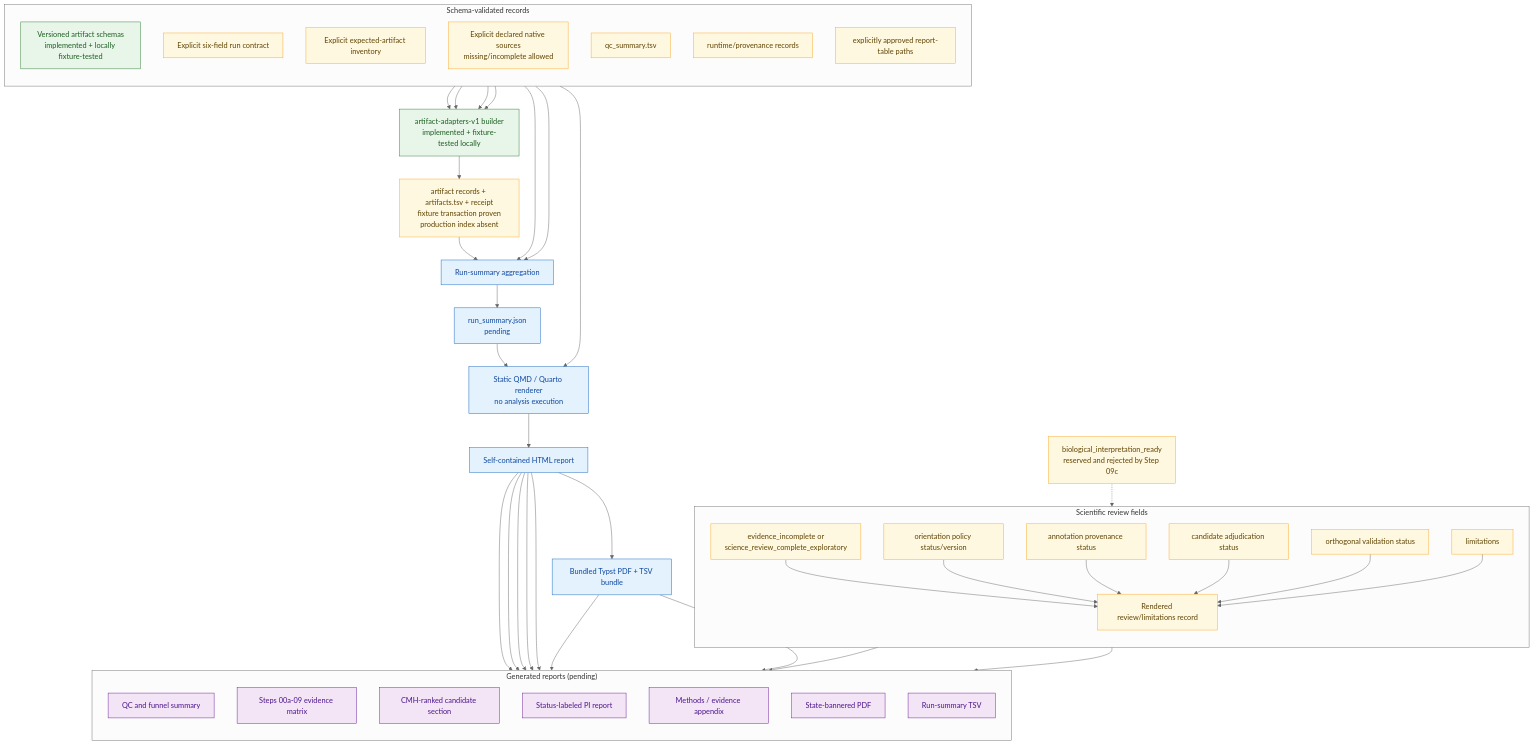
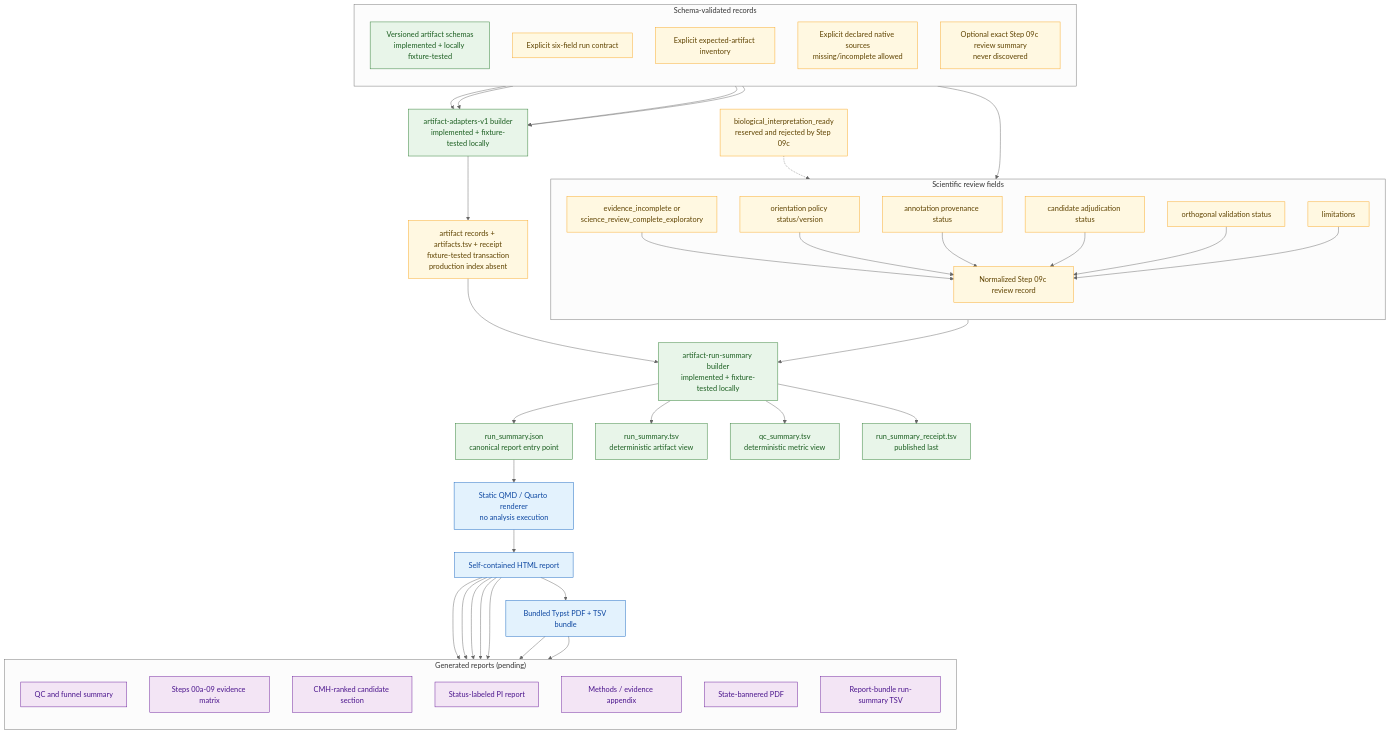
One commit to lab-cats/EMRYS changed the diagram in docs/architecture/diagrams/future_reporting_layer.mmd. Above: the diagram before and after it, drawn with Mermaid (neutral theme). The commit also changed 18 other files, not shown here.

Commit message:
artifact run summary docpatch

```diff
--- a/docs/architecture/diagrams/future_reporting_layer.mmd
+++ b/docs/architecture/diagrams/future_reporting_layer.mmd
@@ -1,83 +1,83 @@
 flowchart TD
     classDef current fill:#e8f5e9,stroke:#2e7d32,color:#1b5e20
     classDef future fill:#e3f2fd,stroke:#1565c0,color:#0d47a1
     classDef contract fill:#fff8e1,stroke:#f9a825,color:#5f4300
     classDef reporting fill:#f3e5f5,stroke:#6a1b9a,color:#4a148c
 
     subgraph inputs["Schema-validated records"]
         direction TB
         schema["Versioned artifact schemas<br/>implemented + locally fixture-tested"]
         run_contract["Explicit six-field run contract"]
         inventory["Explicit expected-artifact inventory"]
         declared_sources["Explicit declared native sources<br/>missing/incomplete allowed"]
-        qc_summary["qc_summary.tsv"]
-        provenance["runtime/provenance records"]
-        final_tables["explicitly approved report-table paths"]
+        science_summary["Optional exact Step 09c review summary<br/>never discovered"]
     end
 
     adapter_builder["artifact-adapters-v1 builder<br/>implemented + fixture-tested locally"]
-    artifacts_tsv["artifact records + artifacts.tsv + receipt<br/>fixture transaction proven<br/>production index absent"]
-    aggregate["Run-summary aggregation"]
-    run_summary["run_summary.json<br/>pending"]
+    artifacts_tsv["artifact records + artifacts.tsv + receipt<br/>fixture-tested transaction<br/>production index absent"]
+    aggregate["artifact-run-summary builder<br/>implemented + fixture-tested locally"]
+    run_summary["run_summary.json<br/>canonical report entry point"]
+    run_summary_tsv["run_summary.tsv<br/>deterministic artifact view"]
+    qc_summary["qc_summary.tsv<br/>deterministic metric view"]
+    summary_receipt["run_summary_receipt.tsv<br/>published last"]
     generator["Static QMD / Quarto renderer<br/>no analysis execution"]
     html["Self-contained HTML report"]
     exports["Bundled Typst PDF + TSV bundle"]
 
     subgraph review["Scientific review fields"]
         direction TB
         review_status["evidence_incomplete or<br/>science_review_complete_exploratory"]
         orientation_status["orientation policy status/version"]
         annotation_status["annotation provenance status"]
         adjudication_status["candidate adjudication status"]
         orthogonal_status["orthogonal validation status"]
         limitations["limitations"]
-        review_record["Rendered review/limitations record"]
+        review_record["Normalized Step 09c review record"]
     end
 
     subgraph outputs["Generated reports (pending)"]
         direction TB
         qc_report["QC and funnel summary"]
         validation_report["Steps 00a-09 evidence matrix"]
         candidate_report["CMH-ranked candidate section"]
         pi_report["Status-labeled PI report"]
         handoff_report["Methods / evidence appendix"]
         pdf_output["State-bannered PDF"]
-        tsv_output["Run-summary TSV"]
+        tsv_output["Report-bundle run-summary TSV"]
     end
 
     schema --> adapter_builder
     run_contract --> adapter_builder
     inventory --> adapter_builder
     declared_sources --> adapter_builder
     adapter_builder --> artifacts_tsv
     artifacts_tsv --> aggregate
-    qc_summary --> aggregate
-    provenance --> aggregate
+    science_summary --> review_record --> aggregate
     aggregate --> run_summary
+    aggregate --> run_summary_tsv
+    aggregate --> qc_summary
+    aggregate --> summary_receipt
     run_summary --> generator
-    final_tables --> generator
     generator --> html
     html --> qc_report
     html --> validation_report
     html --> handoff_report
     html --> candidate_report
     html --> pi_report
     html --> exports
     exports --> pdf_output
     exports --> tsv_output
     review_status --> review_record
     orientation_status --> review_record
     annotation_status --> review_record
     adjudication_status --> review_record
     orthogonal_status --> review_record
     limitations --> review_record
-    review_record --> candidate_report
-    review_record --> pi_report
     readylock["biological_interpretation_ready<br/>reserved and rejected by Step 09c"]
     readylock -.-> review_status
 
-    class schema,adapter_builder current
+    class schema,adapter_builder,aggregate,run_summary,run_summary_tsv,qc_summary,summary_receipt current
     class run_contract,inventory,declared_sources,artifacts_tsv contract
-    class qc_summary,provenance,final_tables,review_status,orientation_status,annotation_status,adjudication_status,orthogonal_status,limitations,review_record,readylock contract
-    class aggregate,run_summary,generator,html,exports future
+    class science_summary,review_status,orientation_status,annotation_status,adjudication_status,orthogonal_status,limitations,review_record,readylock contract
+    class generator,html,exports future
     class qc_report,validation_report,candidate_report,pi_report,handoff_report,pdf_output,tsv_output reporting
```
